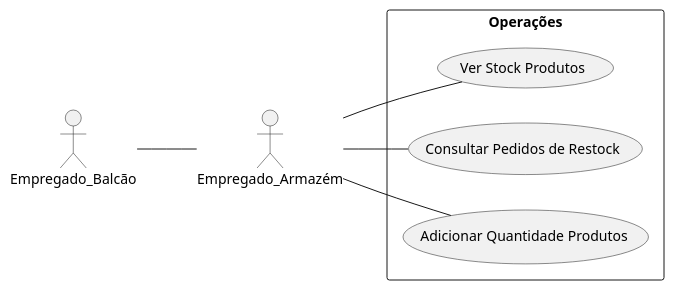
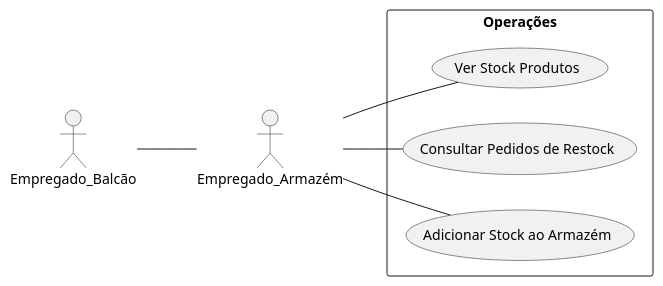
Before and after one commit to nmfer/Zurrapa_Proj.BaseDados: the diagram in Diagramas/use_case_warehouse.puml, drawn with PlantUML. The commit also changed 2 other files, not shown here.

Commit message:
diagramas

```diff
--- a/Diagramas/use_case_warehouse.puml
+++ b/Diagramas/use_case_warehouse.puml
@@ -1,10 +1,10 @@
 @startuml
 left to right direction
 actor Empregado_Armazém
 Empregado_Balcão -- Empregado_Armazém
 rectangle Operações {
     Empregado_Armazém -- (Ver Stock Produtos)
     Empregado_Armazém -- (Consultar Pedidos de Restock)
-    Empregado_Armazém -- (Adicionar Quantidade Produtos)
+    Empregado_Armazém -- (Adicionar Stock ao Armazém)
 }
 @enduml
```
